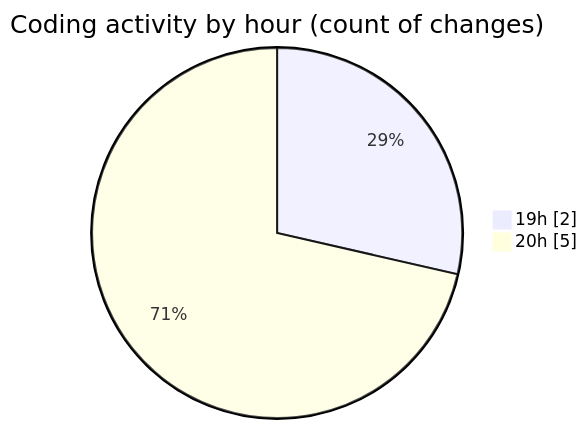
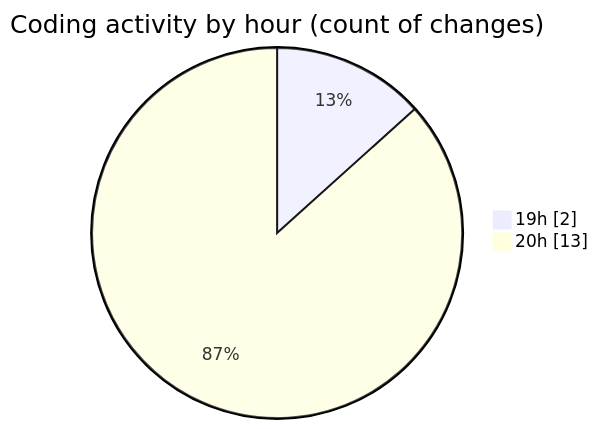
One commit to idhammustaqopulfikri/code-tracking changed the second of 2 diagrams in 2025-04-13/autodidak/README.md. Above: the diagram before and after it, drawn with Mermaid. The commit also changed other lines of this file and 1 other file, not shown here.

````diff
--- a/2025-04-13/autodidak/README.md
+++ b/2025-04-13/autodidak/README.md
@@ -30,6 +31,6 @@
 ```mermaid
 pie showData
 title Coding activity by hour (count of changes)
 "19h" : 2
-"20h" : 5
+"20h" : 13
 ```
````
